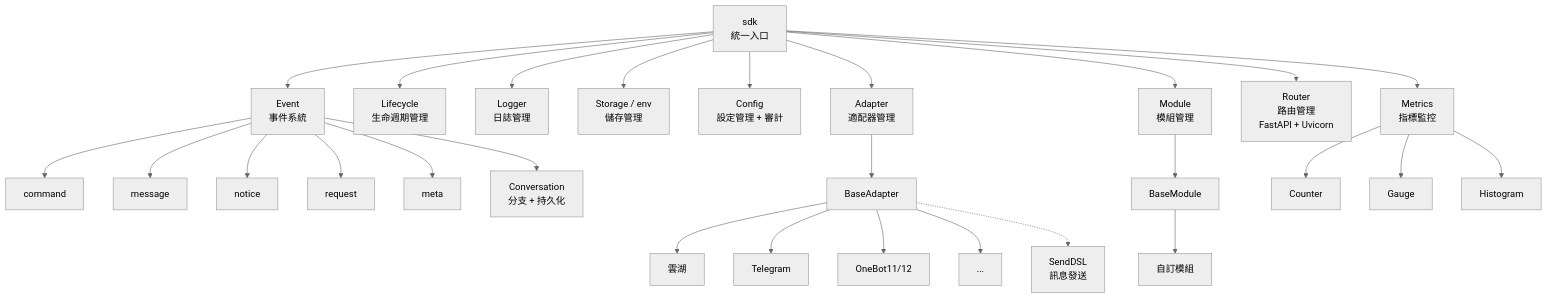
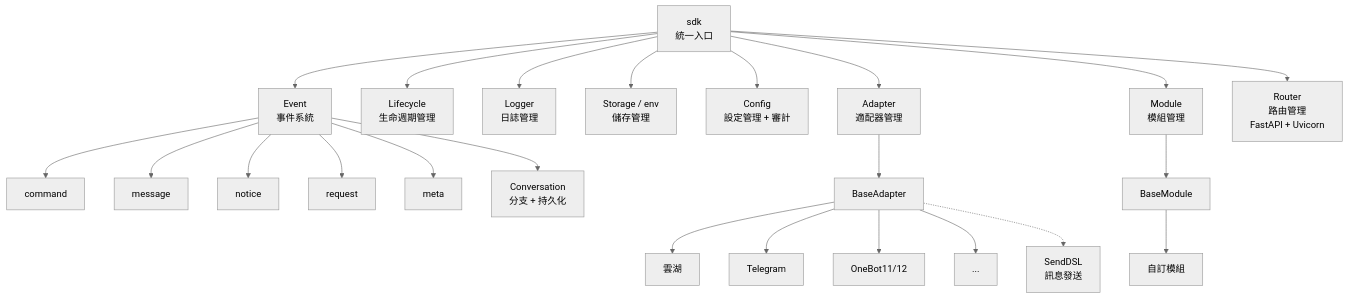
Before and after one commit to ErisPulse/ErisPulse: the first of 5 diagrams in docs/zh-TW/ai-support/prompts/ErisPulse-Full.md, drawn with Mermaid (neutral theme). The commit also changed other lines of this file and 17 other files, not shown here.

````diff
--- a/docs/zh-TW/ai-support/prompts/ErisPulse-Full.md
+++ b/docs/zh-TW/ai-support/prompts/ErisPulse-Full.md
@@ -57,36 +57,30 @@
 ```mermaid
 graph TB
     SDK["sdk<br/>統一入口"]
 
     SDK --> Event["Event<br/>事件系統"]
     SDK --> Lifecycle["Lifecycle<br/>生命週期管理"]
     SDK --> Logger["Logger<br/>日誌管理"]
     SDK --> Storage["Storage / env<br/>儲存管理"]
     SDK --> Config["Config<br/>設定管理 + 審計"]
     SDK --> AdapterMgr["Adapter<br/>適配器管理"]
     SDK --> ModuleMgr["Module<br/>模組管理"]
     SDK --> Router["Router<br/>路由管理<br/>FastAPI + Uvicorn"]
-    SDK --> Metrics["Metrics<br/>指標監控"]
-
     Event --> Command["command"]
     Event --> Message["message"]
     Event --> Notice["notice"]
     Event --> Request["request"]
     Event --> Meta["meta"]
     Event --> Conversation["Conversation<br/>分支 + 持久化"]
 
     AdapterMgr --> BaseAdapter["BaseAdapter"]
     BaseAdapter --> P1["雲湖"]
     BaseAdapter --> P2["Telegram"]
     BaseAdapter --> P3["OneBot11/12"]
     BaseAdapter --> PN["..."]
 
     ModuleMgr --> BaseModule["BaseModule"]
     BaseModule --> CM["自訂模組"]
 
     BaseAdapter -.-> SendDSL["SendDSL<br/>訊息發送"]
-
-    Metrics --> Counter["Counter"]
-    Metrics --> Gauge["Gauge"]
-    Metrics --> Histogram["Histogram"]
 ```
````
